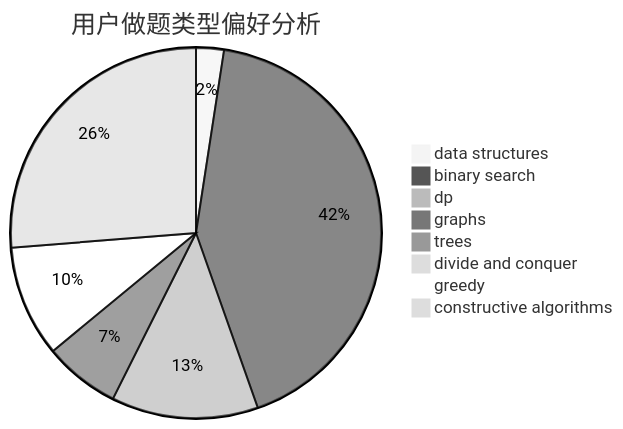
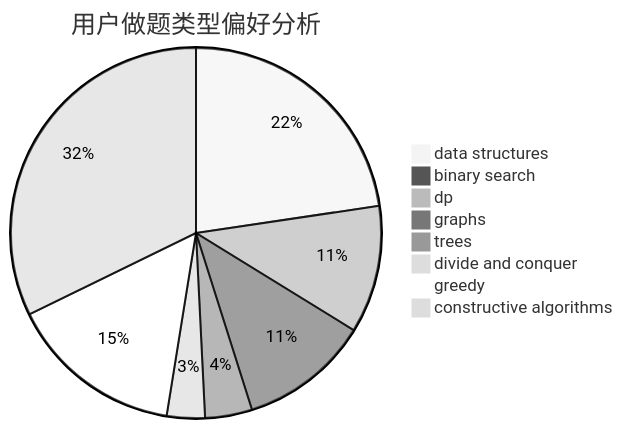
One commit to sherpahu/cfrs.github.io changed the second of 3 diagrams in docs/user/u1400.md. Above: the diagram before and after it, drawn with Mermaid (neutral theme). The commit also changed other lines of this file and 2770 other files, not shown here.

````diff
--- a/docs/user/u1400.md
+++ b/docs/user/u1400.md
@@ -23,11 +23,11 @@
 ```mermaid
 pie title 用户做题类型偏好分析
-    "data structures" :  11
-    "binary search" :  191
-    "dp" :  58
-    "graphs" :  30
-    "trees" :  3
-    "divide and conquer" :  0
-    "greedy" :  44
-    "constructive algorithms" :  119
+    "data structures" :  116
+    "binary search" :  4
+    "dp" :  57
+    "graphs" :  58
+    "trees" :  21
+    "divide and conquer" :  17
+    "greedy" :  78
+    "constructive algorithms" :  165
 ```
````
